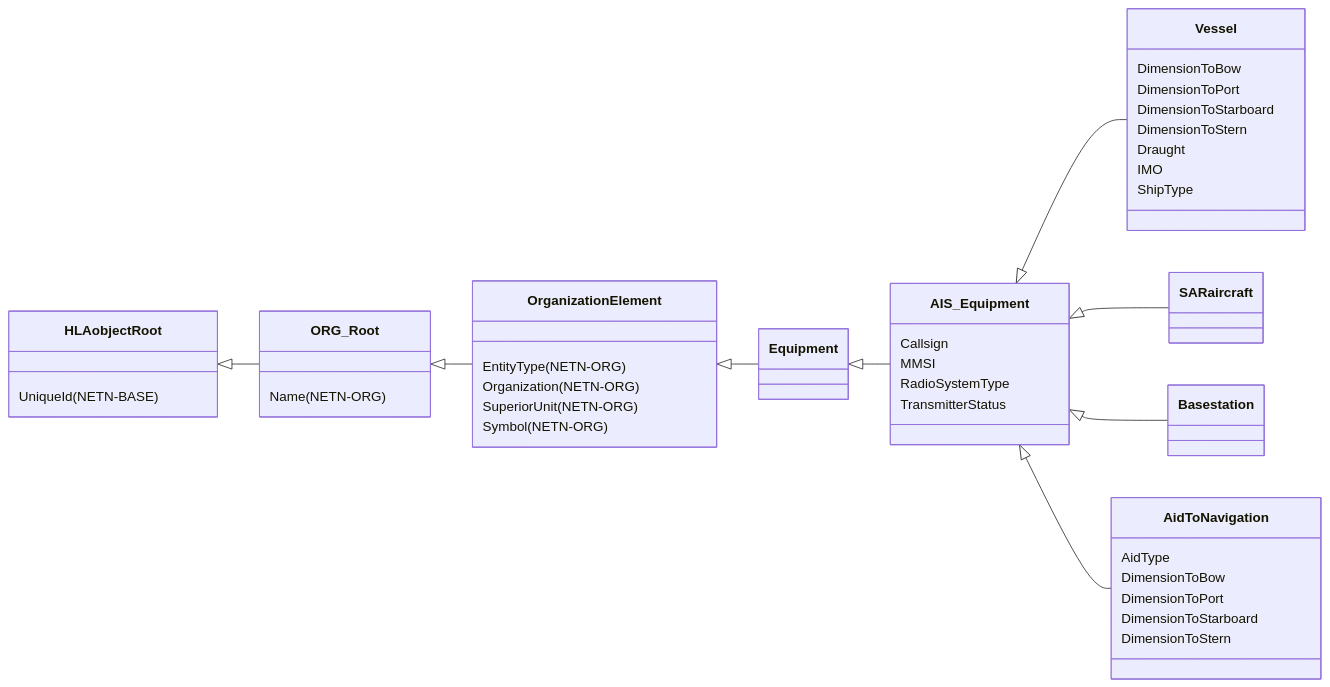
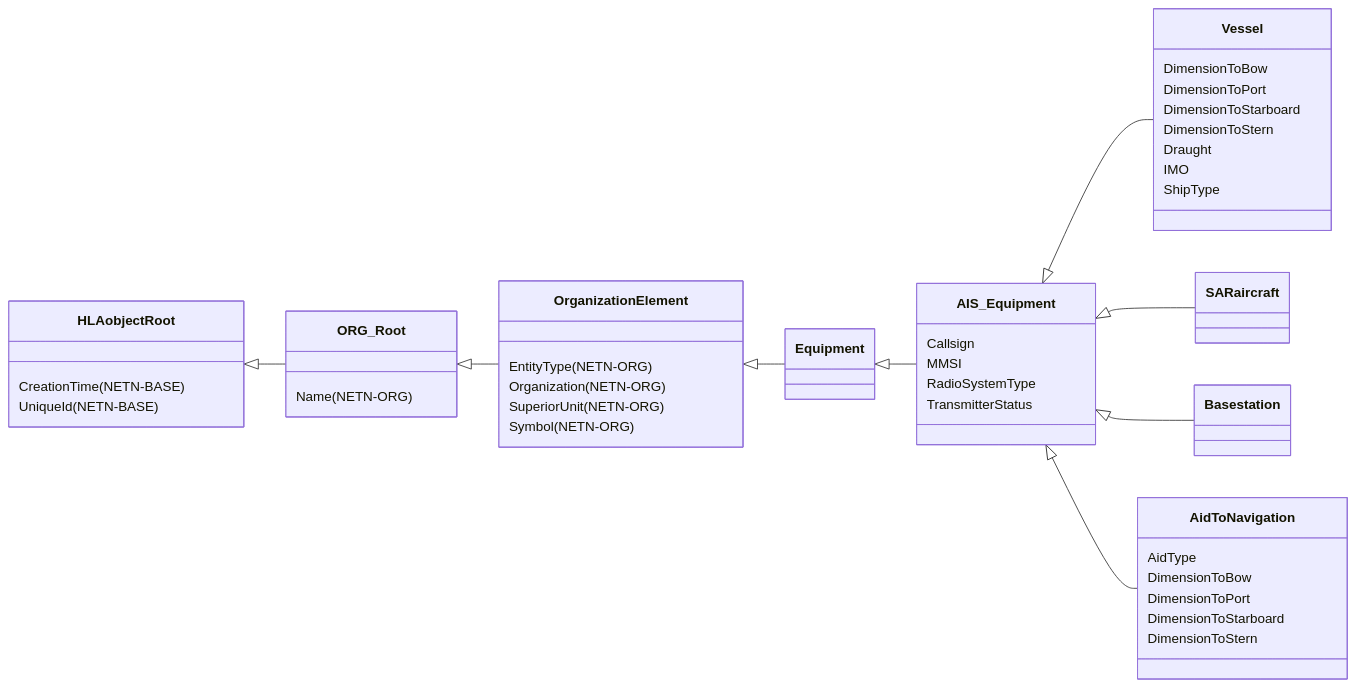
The second of 3 diagrams in NETN-AIS.md (AMSP-04/NETN-AIS), drawn with Mermaid before and after one commit. The commit also changed other lines of this file and 2 other files, not shown here.

````diff
--- a/NETN-AIS.md
+++ b/NETN-AIS.md
@@ -180,35 +180,36 @@
 ```mermaid
 classDiagram 
 direction LR
 
 HLAobjectRoot <|-- ORG_Root
+HLAobjectRoot : CreationTime(NETN-BASE)
 HLAobjectRoot : UniqueId(NETN-BASE)
 ORG_Root <|-- OrganizationElement
 ORG_Root : Name(NETN-ORG)
 OrganizationElement <|-- Equipment
 OrganizationElement : EntityType(NETN-ORG)
 OrganizationElement : Organization(NETN-ORG)
 OrganizationElement : SuperiorUnit(NETN-ORG)
 OrganizationElement : Symbol(NETN-ORG)
 Equipment <|-- AIS_Equipment
 AIS_Equipment <|-- Vessel
 AIS_Equipment <|-- SARaircraft
 AIS_Equipment <|-- Basestation
 AIS_Equipment <|-- AidToNavigation
 AIS_Equipment : Callsign
 AIS_Equipment : MMSI
 AIS_Equipment : RadioSystemType
 AIS_Equipment : TransmitterStatus
 Vessel : DimensionToBow
 Vessel : DimensionToPort
 Vessel : DimensionToStarboard
 Vessel : DimensionToStern
 Vessel : Draught
 Vessel : IMO
 Vessel : ShipType
 AidToNavigation : AidType
 AidToNavigation : DimensionToBow
 AidToNavigation : DimensionToPort
 AidToNavigation : DimensionToStarboard
 AidToNavigation : DimensionToStern
 ```
````
